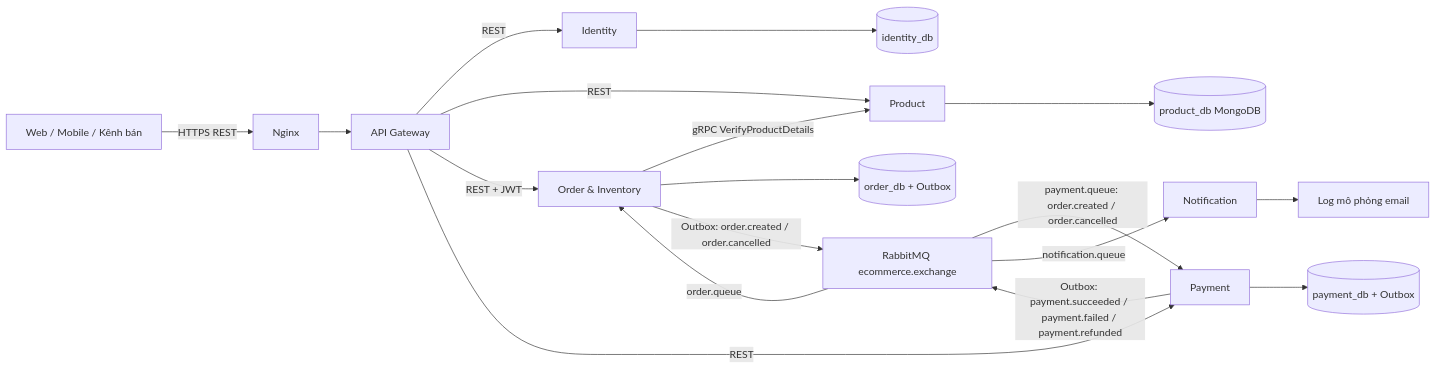
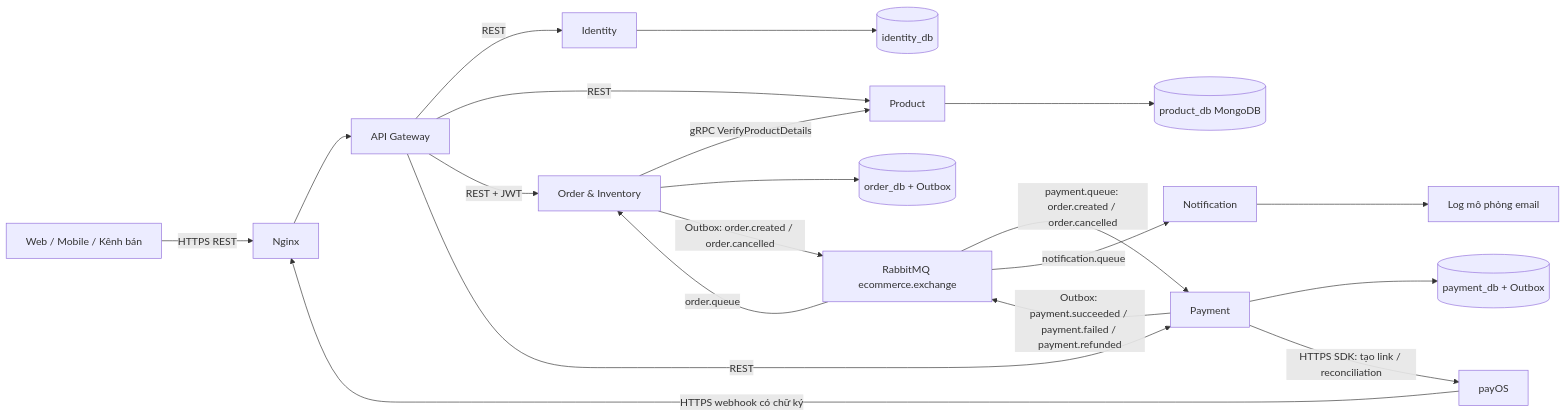
The first of 2 diagrams in README.md (vanh251/OMNICHANNEL-E-COMMERCE-PLATFORM), drawn with Mermaid before and after one commit. The commit also changed other lines of this file, not shown here.

Commit message:
docs(readme): update system overview, microservices architecture, and vps guide

````diff
--- a/README.md
+++ b/README.md
@@ -35,20 +39,22 @@
 ```mermaid
 flowchart LR
     Client[Web / Mobile / Kênh bán] -->|HTTPS REST| Nginx
     Nginx --> Gateway[API Gateway]
     Gateway -->|REST| Identity
     Gateway -->|REST| Product
     Gateway -->|REST + JWT| Order[Order & Inventory]
     Gateway -->|REST| Payment
     Identity --> IdentityDB[(identity_db)]
     Product --> ProductDB[(product_db MongoDB)]
     Order -->|gRPC VerifyProductDetails| Product
     Order --> OrderDB[(order_db + Outbox)]
     Payment --> PaymentDB[(payment_db + Outbox)]
+    Payment -->|HTTPS SDK: tạo link / reconciliation| PayOS[payOS]
+    PayOS -->|HTTPS webhook có chữ ký| Nginx
     Order -->|Outbox: order.created / order.cancelled| MQ[RabbitMQ ecommerce.exchange]
     MQ -->|payment.queue: order.created / order.cancelled| Payment
     Payment -->|Outbox: payment.succeeded / payment.failed / payment.refunded| MQ
     MQ -->|order.queue| Order
     MQ -->|notification.queue| Notification
     Notification --> EmailLog[Log mô phỏng email]
 ```
````
